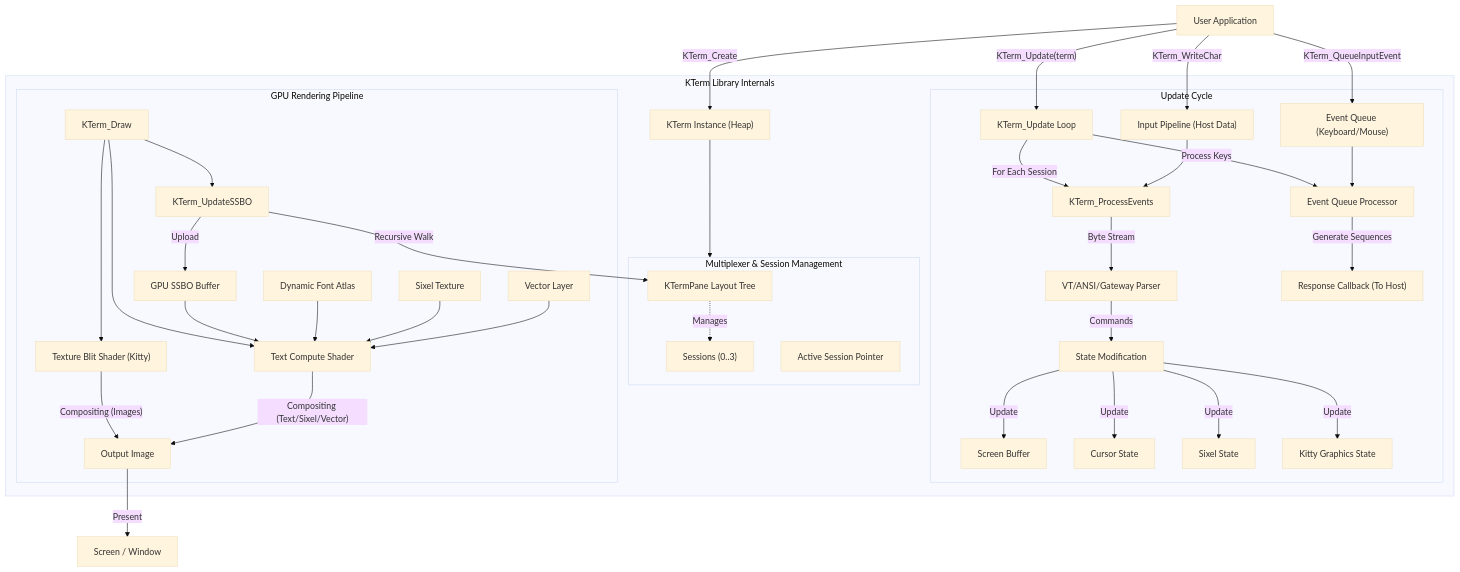
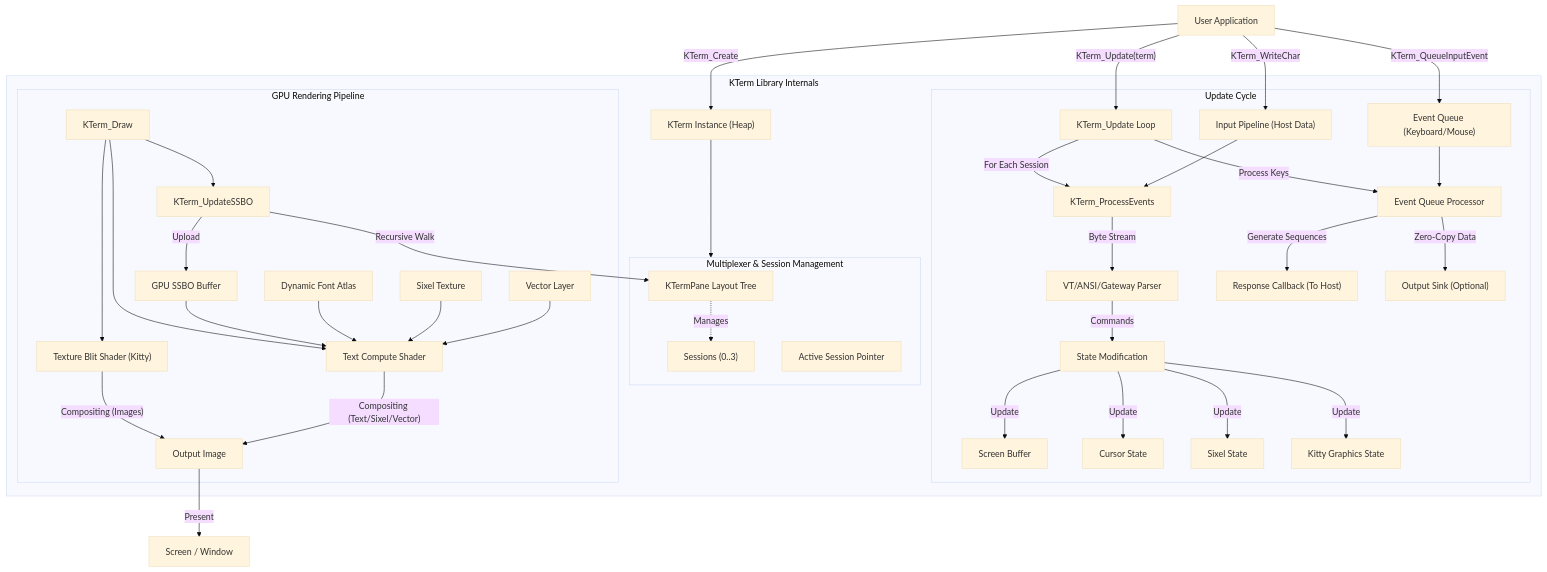
Before and after one commit to jmorel33/terminal: the diagram in README.md, drawn with Mermaid (base theme). The commit also changed other lines of this file and 6 other files, not shown here.

Commit message:
Bump v2.3.38, update docs and examples for Sink Output

````diff
--- a/README.md
+++ b/README.md
@@ -254,68 +259,69 @@
 ```mermaid
 graph TD
     UserApp["User Application"] -->|"KTerm_Create"| TerminalInstance
     UserApp -->|"KTerm_Update(term)"| UpdateLoop
     UserApp -->|"KTerm_WriteChar"| InputPipeline
     UserApp -->|"KTerm_QueueInputEvent"| EventQueue
 
     subgraph Terminal_Internals ["KTerm Library Internals"]
         TerminalInstance["KTerm Instance (Heap)"]
 
         subgraph Layout_System ["Multiplexer & Session Management"]
             LayoutTree["KTermPane Layout Tree"]
             Sessions["Sessions (0..3)"]
             ActiveSession["Active Session Pointer"]
 
             LayoutTree -.->|"Manages"| Sessions
         end
 
         TerminalInstance --> Layout_System
 
         subgraph Update_Cycle ["Update Cycle"]
             UpdateLoop["KTerm_Update Loop"]
             InputProc["KTerm_ProcessEvents"]
             EventProc["Event Queue Processor"]
             Parser["VT/ANSI/Gateway Parser"]
             StateMod["State Modification"]
 
             UpdateLoop -->|"For Each Session"| InputProc
             UpdateLoop -->|"Process Keys"| EventProc
 
             InputPipeline["Input Pipeline (Host Data)"] --> InputProc
             EventQueue["Event Queue (Keyboard/Mouse)"] --> EventProc
 
             InputProc -->|"Byte Stream"| Parser
             EventProc -->|"Generate Sequences"| Response["Response Callback (To Host)"]
+            EventProc -->|"Zero-Copy Data"| OutputSink["Output Sink (Optional)"]
 
             Parser -->|"Commands"| StateMod
             StateMod -->|"Update"| ScreenGrid["Screen Buffer"]
             StateMod -->|"Update"| Cursor["Cursor State"]
             StateMod -->|"Update"| Sixel["Sixel State"]
             StateMod -->|"Update"| Kitty["Kitty Graphics State"]
         end
 
         subgraph Rendering_Pipeline ["GPU Rendering Pipeline"]
             DrawCall["KTerm_Draw"]
             SSBO_Upload["KTerm_UpdateSSBO"]
             Compute["Text Compute Shader"]
             TextureBlit["Texture Blit Shader (Kitty)"]
 
             DrawCall --> SSBO_Upload
             SSBO_Upload -->|"Recursive Walk"| LayoutTree
             SSBO_Upload -->|"Upload"| GPU_SSBO["GPU SSBO Buffer"]
 
             DrawCall --> TextureBlit
             DrawCall --> Compute
 
             GPU_SSBO --> Compute
             FontTex["Dynamic Font Atlas"] --> Compute
             SixelTex["Sixel Texture"] --> Compute
             VectorTex["Vector Layer"] --> Compute
 
             TextureBlit -->|"Compositing (Images)"| OutputImage["Output Image"]
             Compute -->|"Compositing (Text/Sixel/Vector)"| OutputImage
         end
     end
 
     OutputImage -->|"Present"| Screen["Screen / Window"]
 ```
````
